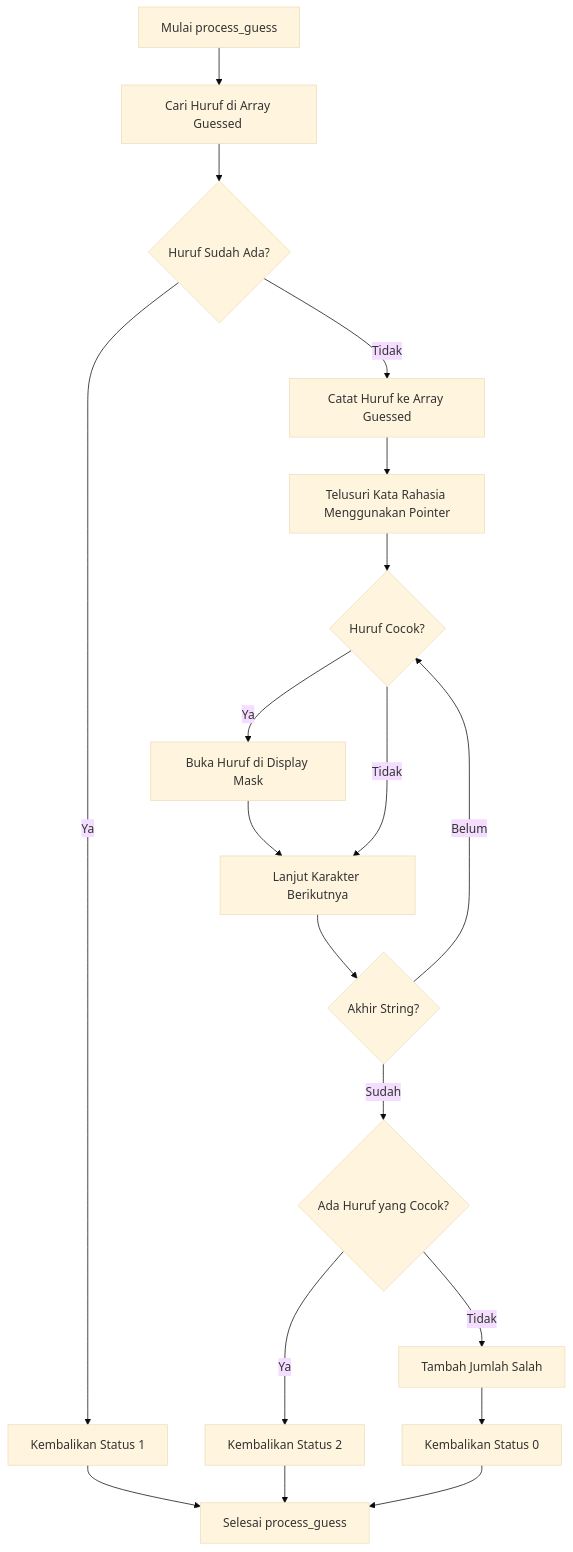
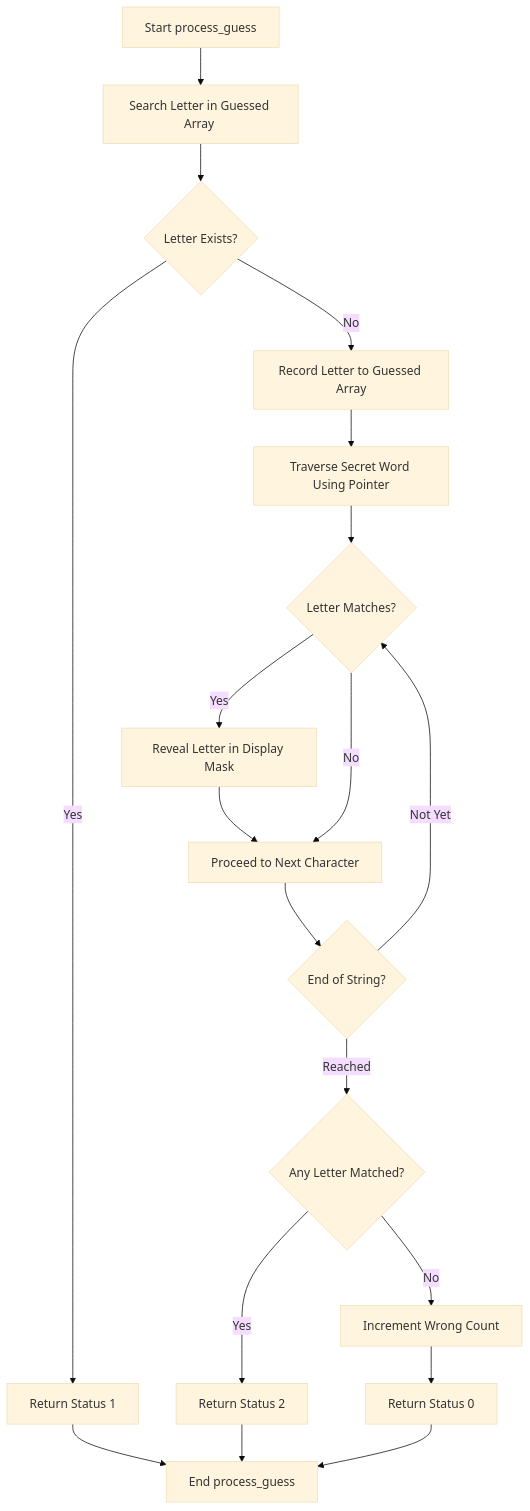
The third of 5 diagrams in README.md (bimaardhia/tebak-kata-robotika), drawn with Mermaid (base theme) before and after one commit. The commit also changed other lines of this file and 1 other file, not shown here.

````diff
--- a/README.md
+++ b/README.md
@@ -113,25 +113,25 @@
 ```mermaid
 flowchart TD
-    Start[Mulai process_guess] --> Search[Cari Huruf di Array Guessed <Linear Search>]
-    Search --> CheckExist{Huruf Sudah Ada?}
+    Start[Start process_guess] --> Search[Search Letter in Guessed Array <Linear Search>]
+    Search --> CheckExist{Letter Exists?}
 
-    CheckExist -->|Ya| Ret1[Kembalikan Status 1 <Sudah Ditebak>]
-    CheckExist -->|Tidak| AddGuessed[Catat Huruf ke Array Guessed]
+    CheckExist -->|Yes| Ret1[Return Status 1 <Already Guessed>]
+    CheckExist -->|No| AddGuessed[Record Letter to Guessed Array]
 
-    AddGuessed --> Traversal[Telusuri Kata Rahasia Menggunakan Pointer]
-    Traversal --> CheckChar{Huruf Cocok?}
+    AddGuessed --> Traversal[Traverse Secret Word Using Pointer]
+    Traversal --> CheckChar{Letter Matches?}
 
-    CheckChar -->|Ya| Buka[Buka Huruf di Display Mask] --> LanjutTelusur[Lanjut Karakter Berikutnya]
-    CheckChar -->|Tidak| LanjutTelusur
-    LanjutTelusur --> CheckEnd{Akhir String?}
-    CheckEnd -->|Belum| CheckChar
-    CheckEnd -->|Sudah| EvalMatch{Ada Huruf yang Cocok?}
+    CheckChar -->|Yes| Buka[Reveal Letter in Display Mask] --> LanjutTelusur[Proceed to Next Character]
+    CheckChar -->|No| LanjutTelusur
+    LanjutTelusur --> CheckEnd{End of String?}
+    CheckEnd -->|Not Yet| CheckChar
+    CheckEnd -->|Reached| EvalMatch{Any Letter Matched?}
 
-    EvalMatch -->|Ya| Ret2[Kembalikan Status 2 <Benar>]
-    EvalMatch -->|Tidak| IncWrong[Tambah Jumlah Salah <wrong++>]
-    IncWrong --> Ret0[Kembalikan Status 0 <Salah>]
+    EvalMatch -->|Yes| Ret2[Return Status 2 <Correct>]
+    EvalMatch -->|No| IncWrong[Increment Wrong Count <wrong++>]
+    IncWrong --> Ret0[Return Status 0 <Incorrect>]
 
-    Ret1 --> Selesai[Selesai process_guess]
+    Ret1 --> Selesai[End process_guess]
     Ret2 --> Selesai
     Ret0 --> Selesai
 ```
````
